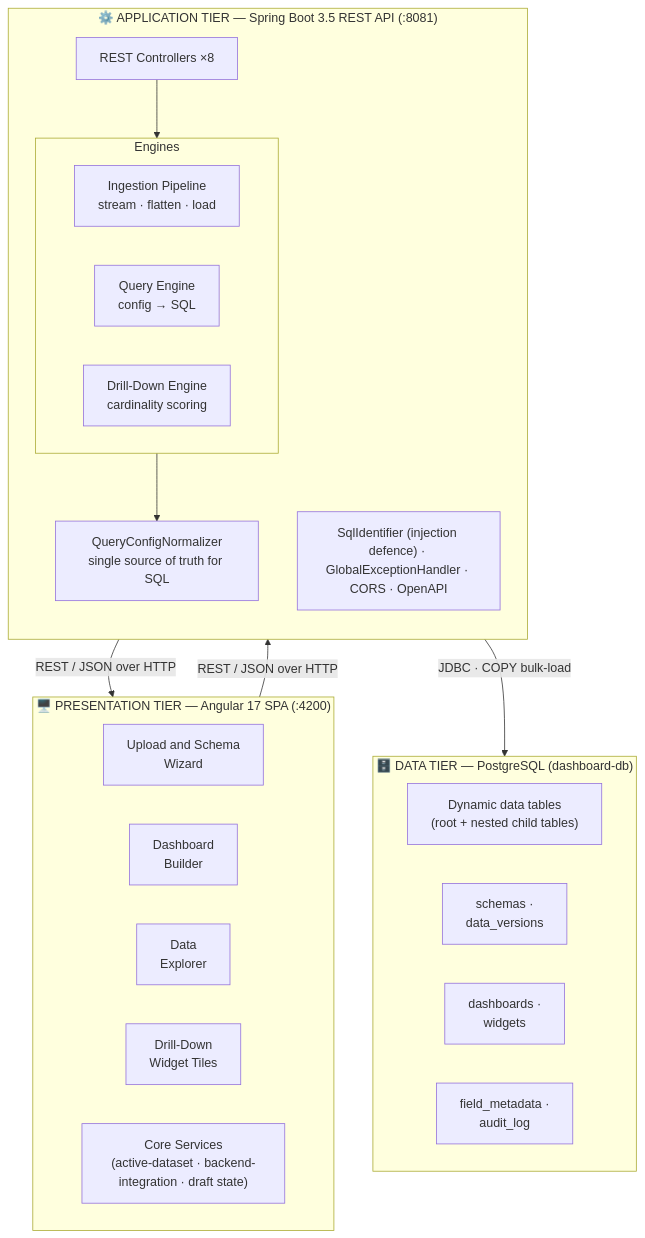
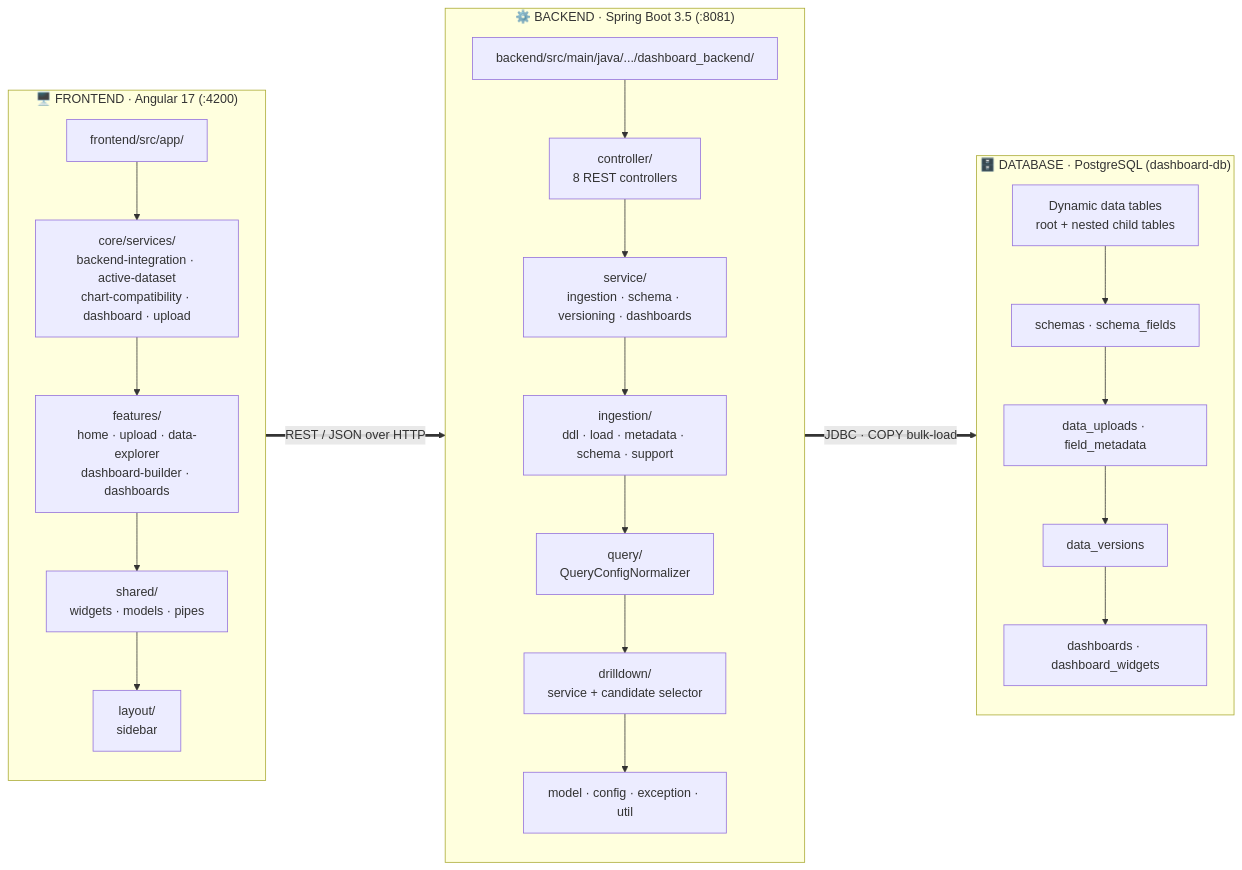
Before and after one commit to ArokiaMartin/Dashboard_Project_Testing: the first of 2 diagrams in README.md, drawn with Mermaid.

````diff
--- a/README.md
+++ b/README.md
@@ -34,38 +34,37 @@
 ```mermaid
-flowchart TB
-    subgraph CLIENT["🖥️ PRESENTATION TIER — Angular 17 SPA (:4200)"]
-        direction LR
-        U1["Upload and Schema<br/>Wizard"]
-        U2["Dashboard<br/>Builder"]
-        U3["Data<br/>Explorer"]
-        U4["Drill-Down<br/>Widget Tiles"]
-        SVC["Core Services<br/>(active-dataset · backend-integration · draft state)"]
+flowchart LR
+    subgraph FE["🖥️ FRONTEND · Angular 17 (:4200)"]
+        direction TB
+        FE0["frontend/src/app/"]
+        FE1["core/services/<br/>backend-integration · active-dataset<br/>chart-compatibility · dashboard · upload"]
+        FE2["features/<br/>home · upload · data-explorer<br/>dashboard-builder · dashboards"]
+        FE3["shared/<br/>widgets · models · pipes"]
+        FE4["layout/<br/>sidebar"]
+        FE0 --> FE1 --> FE2 --> FE3 --> FE4
     end
 
-    subgraph API["⚙️ APPLICATION TIER — Spring Boot 3.5 REST API (:8081)"]
+    subgraph BE["⚙️ BACKEND · Spring Boot 3.5 (:8081)"]
         direction TB
-        CTRL["REST Controllers ×8"]
-        subgraph ENGINES["Engines"]
-            direction LR
-            ING["Ingestion Pipeline<br/>stream · flatten · load"]
-            QRY["Query Engine<br/>config → SQL"]
-            DRL["Drill-Down Engine<br/>cardinality scoring"]
-        end
-        NORM["QueryConfigNormalizer<br/>single source of truth for SQL"]
-        SAFE["SqlIdentifier (injection defence) · GlobalExceptionHandler · CORS · OpenAPI"]
+        BE0["backend/src/main/java/.../dashboard_backend/"]
+        BE1["controller/<br/>8 REST controllers"]
+        BE2["service/<br/>ingestion · schema · versioning · dashboards"]
+        BE3["ingestion/<br/>ddl · load · metadata · schema · support"]
+        BE4["query/<br/>QueryConfigNormalizer"]
+        BE5["drilldown/<br/>service + candidate selector"]
+        BE6["model · config · exception · util"]
+        BE0 --> BE1 --> BE2 --> BE3 --> BE4 --> BE5 --> BE6
     end
 
-    subgraph DB["🗄️ DATA TIER — PostgreSQL (dashboard-db)"]
-        direction LR
-        T1["Dynamic data tables<br/>(root + nested child tables)"]
-        T2["schemas ·<br/>data_versions"]
-        T3["dashboards ·<br/>widgets"]
-        T4["field_metadata ·<br/>audit_log"]
+    subgraph DB["🗄️ DATABASE · PostgreSQL (dashboard-db)"]
+        direction TB
+        DB1["Dynamic data tables<br/>root + nested child tables"]
+        DB2["schemas · schema_fields"]
+        DB3["data_uploads · field_metadata"]
+        DB4["data_versions"]
+        DB5["dashboards · dashboard_widgets"]
+        DB1 --> DB2 --> DB3 --> DB4 --> DB5
     end
 
-    CLIENT -- "REST / JSON over HTTP" --> API
-    API -- "REST / JSON over HTTP" --> CLIENT
-    CTRL --> ENGINES
-    ENGINES --> NORM
-    NORM -- "JDBC · COPY bulk-load" --> DB
+    FE ==>|"REST / JSON over HTTP"| BE
+    BE ==>|"JDBC · COPY bulk-load"| DB
 ```
````
